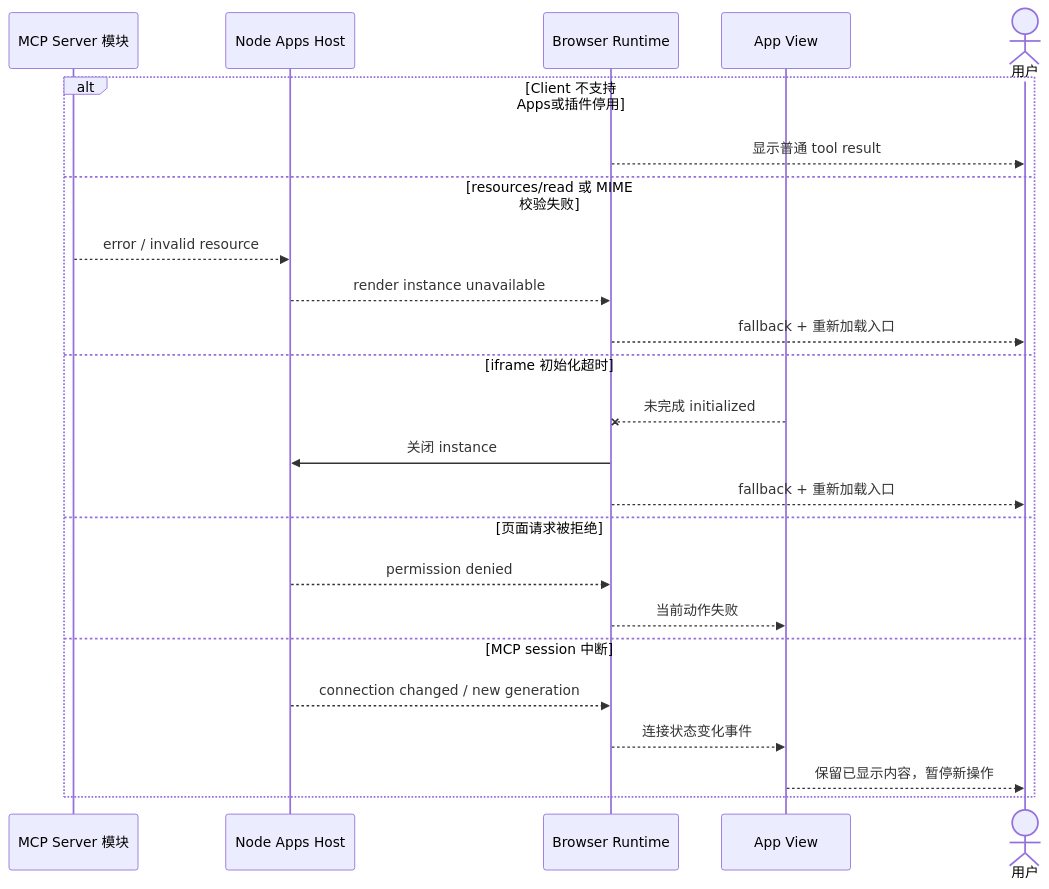
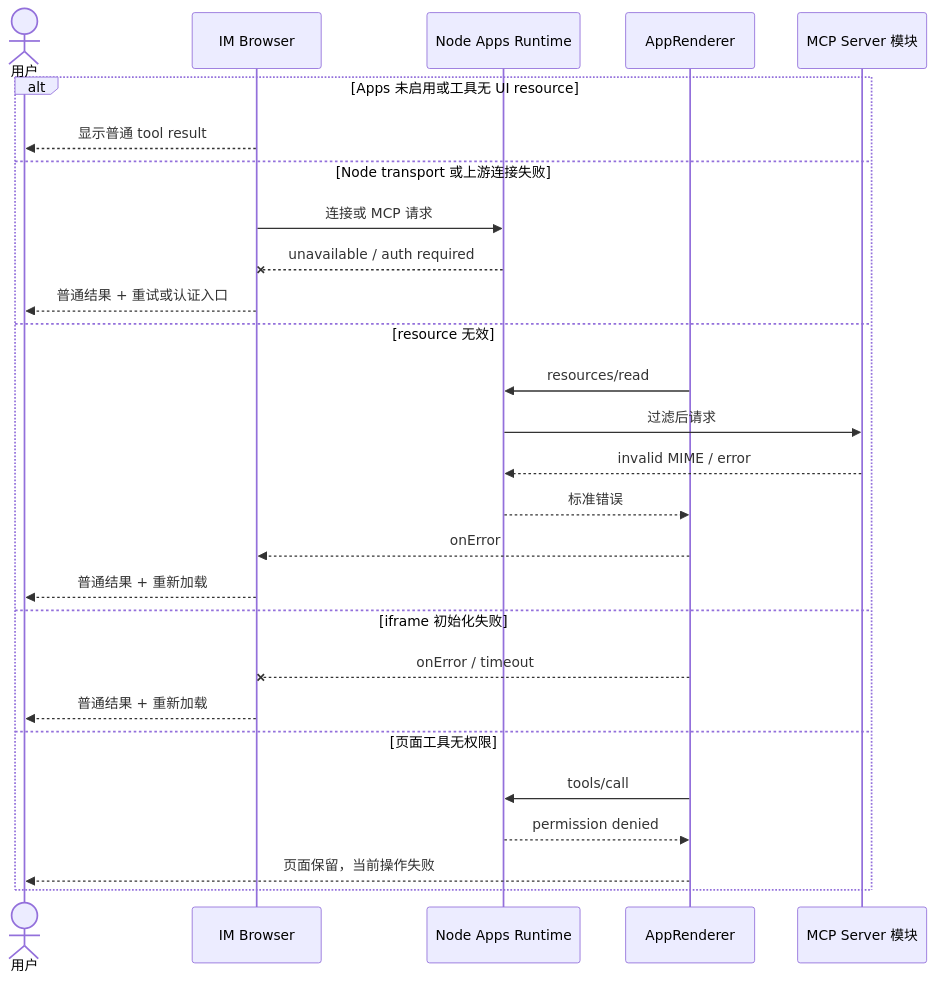
The fourth of 4 diagrams in docs/design/claude-agent/mcp-apps-iframe-interaction.md (glide-the/im-dream), drawn with Mermaid before and after one commit. The commit also changed other lines of this file and 7 other files, not shown here.

Commit message:
docs: converge MCP Apps host design

````diff
--- a/docs/design/claude-agent/mcp-apps-iframe-interaction.md
+++ b/docs/design/claude-agent/mcp-apps-iframe-interaction.md
@@ -221,27 +160,30 @@
 ```mermaid
 sequenceDiagram
+    actor U as 用户
+    participant B as IM Browser
+    participant N as Node Apps Runtime
+    participant R as AppRenderer
     participant S as MCP Server 模块
-    participant N as Node Apps Host
-    participant B as Browser Runtime
-    participant V as App View
-    actor U as 用户
 
-    alt Client 不支持 Apps或插件停用
+    alt Apps 未启用或工具无 UI resource
         B-->>U: 显示普通 tool result
-    else resources/read 或 MIME 校验失败
-        S-->>N: error / invalid resource
-        N-->>B: render instance unavailable
-        B-->>U: fallback + 重新加载入口
-    else iframe 初始化超时
-        V--xB: 未完成 initialized
-        B->>N: 关闭 instance
-        B-->>U: fallback + 重新加载入口
-    else 页面请求被拒绝
-        N-->>B: permission denied
-        B-->>V: 当前动作失败
-    else MCP session 中断
-        N-->>B: connection changed / new generation
-        B-->>V: 连接状态变化事件
-        V-->>U: 保留已显示内容，暂停新操作
+    else Node transport 或上游连接失败
+        B->>N: 连接或 MCP 请求
+        N--xB: unavailable / auth required
+        B-->>U: 普通结果 + 重试或认证入口
+    else resource 无效
+        R->>N: resources/read
+        N->>S: 过滤后请求
+        S-->>N: invalid MIME / error
+        N-->>R: 标准错误
+        R-->>B: onError
+        B-->>U: 普通结果 + 重新加载
+    else iframe 初始化失败
+        R--xB: onError / timeout
+        B-->>U: 普通结果 + 重新加载
+    else 页面工具无权限
+        R->>N: tools/call
+        N-->>R: permission denied
+        R-->>U: 页面保留，当前操作失败
     end
 ```
````
